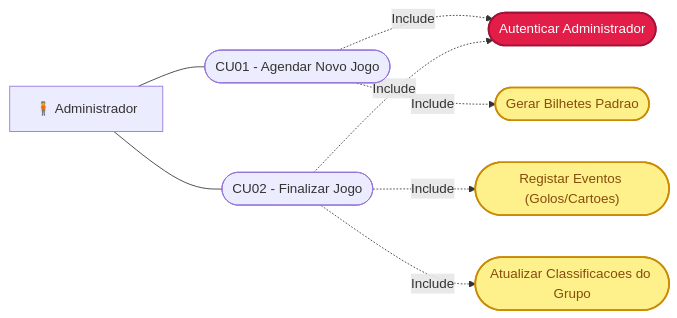
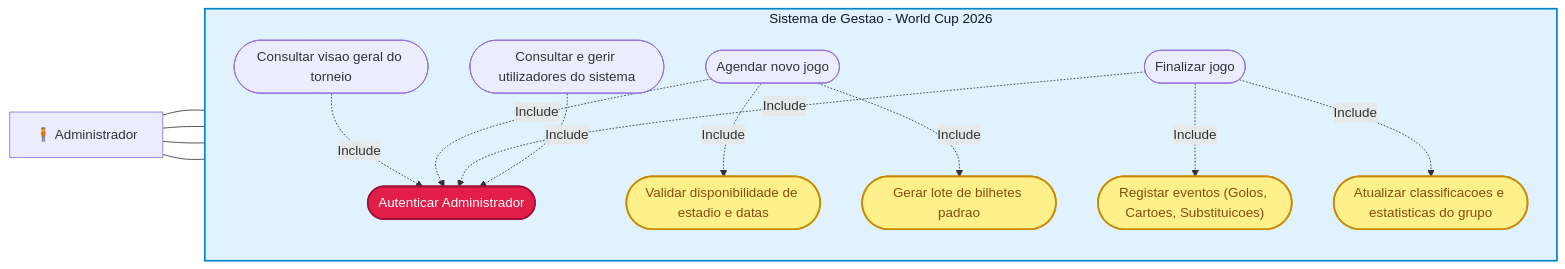
One commit to experimentos373-creator/ES changed the first of 12 diagrams in DIAGRAMA_CASOS_USO.md. Above: the diagram before and after it, drawn with Mermaid. The commit also changed other lines of this file and 1 other file, not shown here.

Commit message:
docs(iconix): integrar modulo de Logistica e finalizar arquitetura de 6 modulos independentes com 100% de fidelidade

````diff
--- a/DIAGRAMA_CASOS_USO.md
+++ b/DIAGRAMA_CASOS_USO.md
@@ -14,25 +14,39 @@
 ```mermaid
 flowchart LR
   Admin["🧍 Administrador"]
 
-  Login(["Autenticar Administrador"])
-  CU01(["CU01 - Agendar Novo Jogo"])
-  CU01_sub(["Gerar Bilhetes Padrao"])
-  CU02(["CU02 - Finalizar Jogo"])
-  CU02_sub1(["Registar Eventos (Golos/Cartoes)"])
-  CU02_sub2(["Atualizar Classificacoes do Grupo"])
+  subgraph Sistema["Sistema de Gestao - World Cup 2026"]
+    direction TB
+    Login(["Autenticar Administrador"])
+    CU01(["Consultar visao geral do torneio"])
+    CU02(["Agendar novo jogo"])
+    CU02_sub1(["Validar disponibilidade de estadio e datas"])
+    CU02_sub2(["Gerar lote de bilhetes padrao"])
+    CU03(["Finalizar jogo"])
+    CU03_sub1(["Registar eventos (Golos, Cartoes, Substituicoes)"])
+    CU03_sub2(["Atualizar classificacoes e estatisticas do grupo"])
+    CU04(["Consultar e gerir utilizadores do sistema"])
+  end
 
   Admin --- CU01
   Admin --- CU02
+  Admin --- CU03
+  Admin --- CU04
 
   CU01 -.->|Include| Login
   CU02 -.->|Include| Login
-  CU01 -.->|Include| CU01_sub
+  CU03 -.->|Include| Login
+  CU04 -.->|Include| Login
+
   CU02 -.->|Include| CU02_sub1
   CU02 -.->|Include| CU02_sub2
+  CU03 -.->|Include| CU03_sub1
+  CU03 -.->|Include| CU03_sub2
 
-  style Login fill:#E11D48,stroke:#9F1239,color:#ffffff,stroke-width:2px
-  style CU01_sub fill:#FEF08A,stroke:#CA8A04,color:#854D0E,stroke-width:2px
+  style Sistema fill:#E0F2FE,stroke:#0284C7,stroke-width:2px,color:#0F172A
+  style Login fill:#E11D48,stroke:#9F1239,color:#FFFFFF,stroke-width:2px
   style CU02_sub1 fill:#FEF08A,stroke:#CA8A04,color:#854D0E,stroke-width:2px
   style CU02_sub2 fill:#FEF08A,stroke:#CA8A04,color:#854D0E,stroke-width:2px
+  style CU03_sub1 fill:#FEF08A,stroke:#CA8A04,color:#854D0E,stroke-width:2px
+  style CU03_sub2 fill:#FEF08A,stroke:#CA8A04,color:#854D0E,stroke-width:2px
 ```
````
